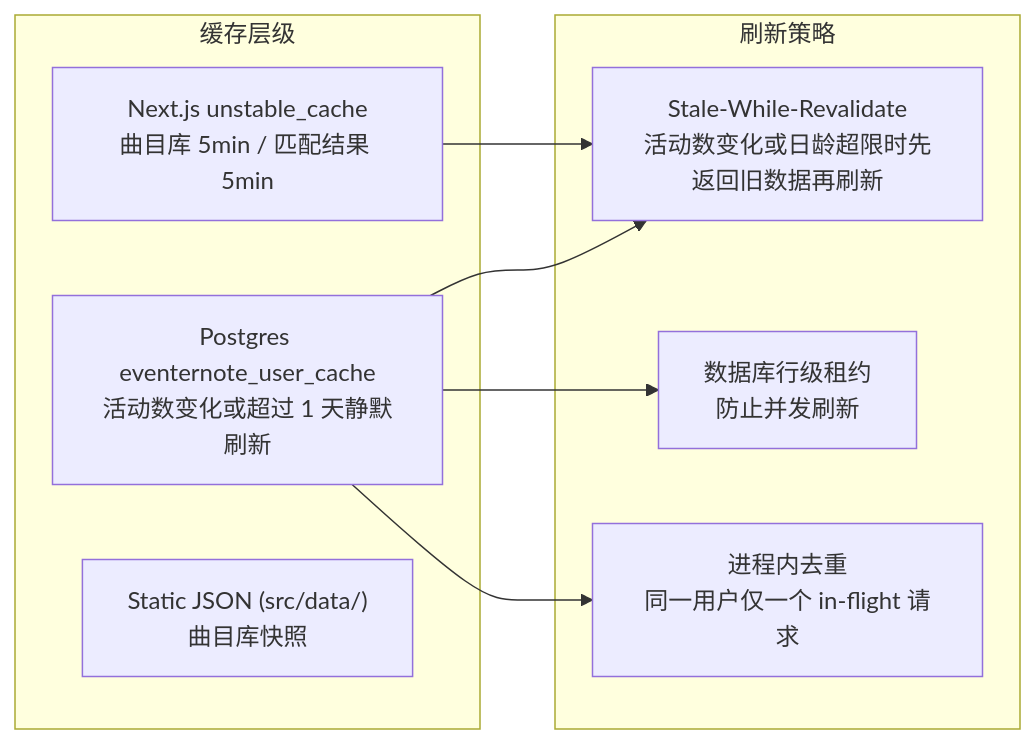
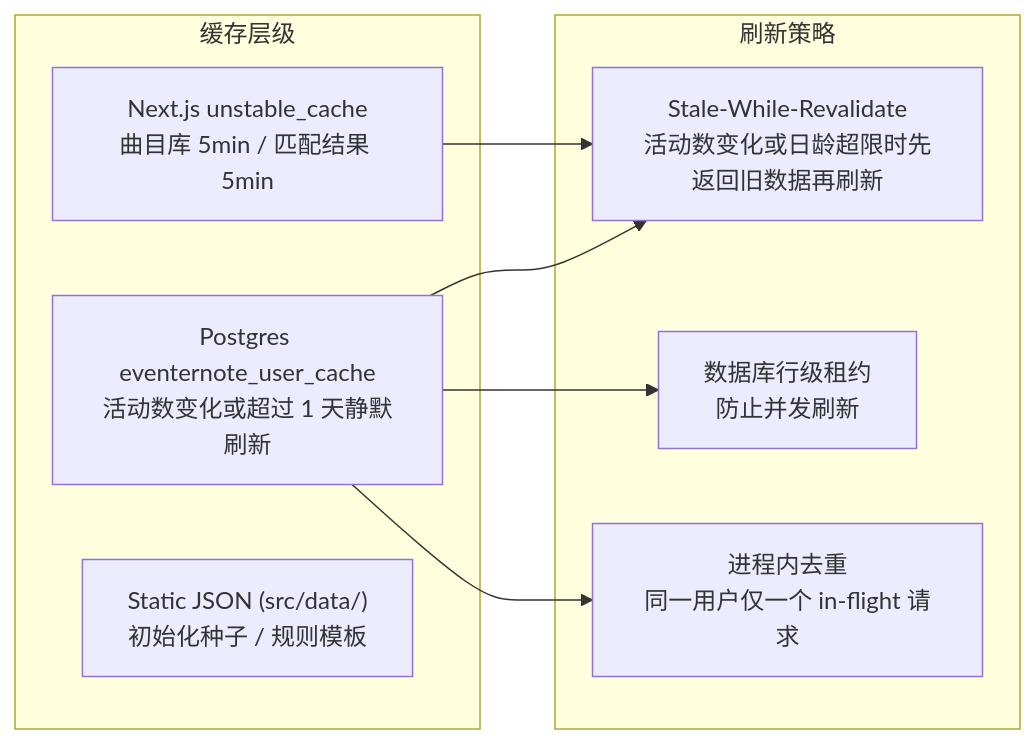
The fourth of 5 diagrams in ARCHITECTURE.md (calcxx/bandori-live-songs), drawn with Mermaid before and after one commit. The commit also changed other lines of this file and 27 other files, not shown here.

````diff
--- a/ARCHITECTURE.md
+++ b/ARCHITECTURE.md
@@ -466,19 +498,19 @@
 ```mermaid
 graph LR
     subgraph "缓存层级"
         L1["Next.js unstable_cache<br/>曲目库 5min / 匹配结果 5min"]
         L2["Postgres eventernote_user_cache<br/>活动数变化或超过 1 天静默刷新"]
-        L3["Static JSON (src/data/)<br/>曲目库快照"]
+        L3["Static JSON (src/data/)<br/>初始化种子 / 规则模板"]
     end
 
     subgraph "刷新策略"
         SWR["Stale-While-Revalidate<br/>活动数变化或日龄超限时先返回旧数据再刷新"]
         Lease["数据库行级租约<br/>防止并发刷新"]
         Dedup["进程内去重<br/>同一用户仅一个 in-flight 请求"]
     end
 
     L1 --> SWR
     L2 --> SWR
     L2 --> Lease
     L2 --> Dedup
 ```
````
